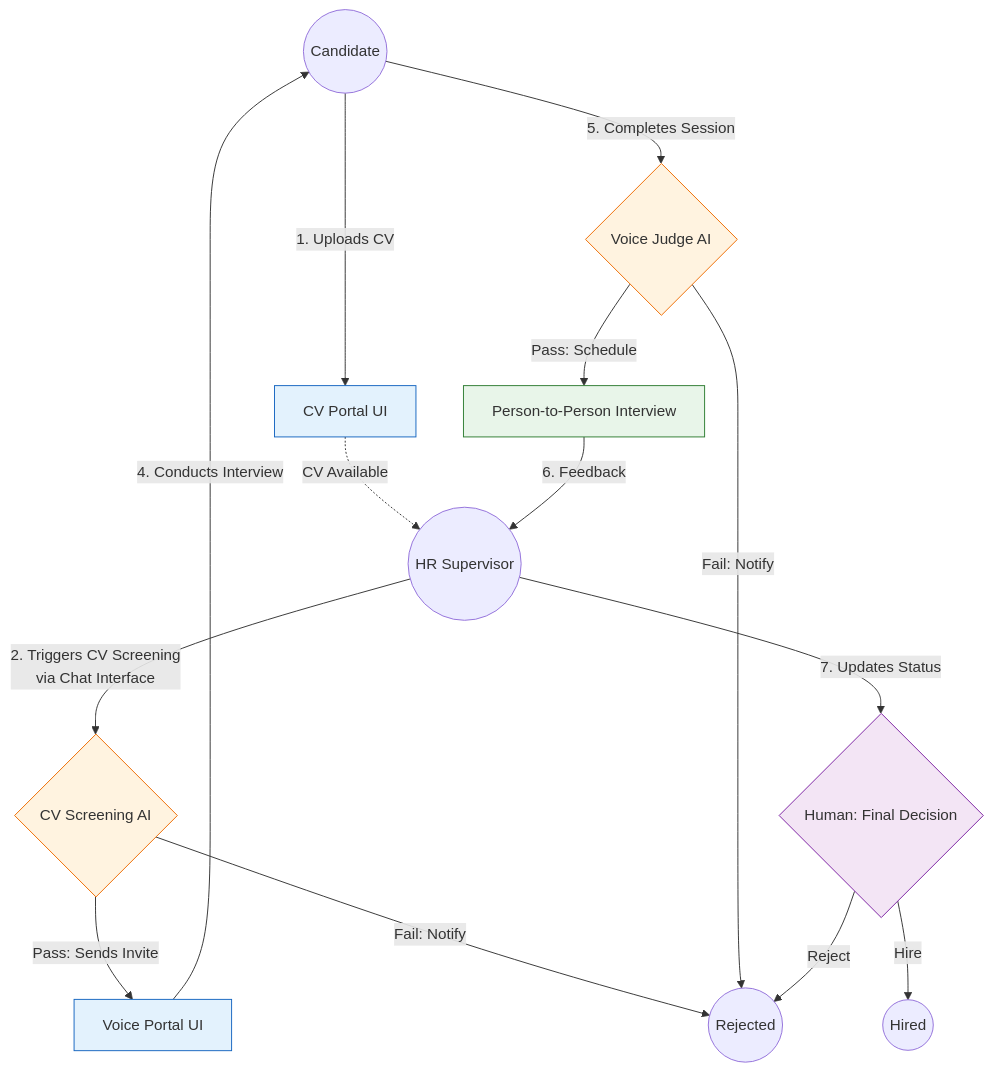
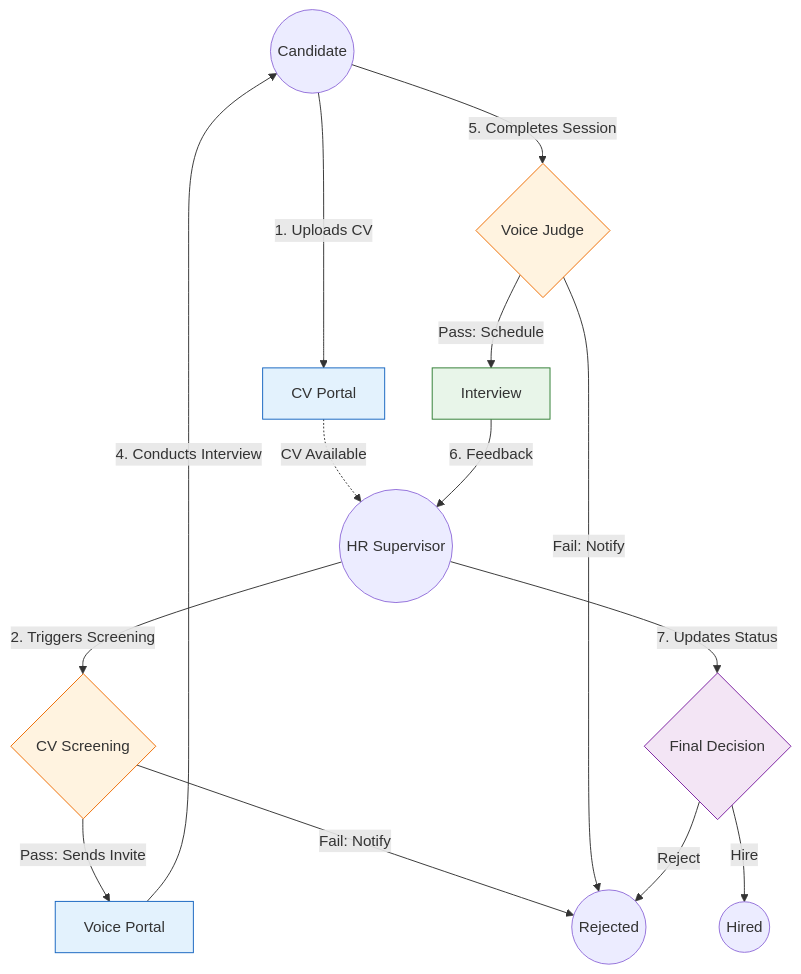
The first of 5 diagrams in README.md (Ocean-code-1995/recruitment-agent), drawn with Mermaid before and after one commit.

Commit message:
application flow

````diff
--- a/README.md
+++ b/README.md
@@ -179,42 +179,42 @@
 ```mermaid
 graph TD
     %% Actors
     Candidate((Candidate))
     HR((HR Supervisor))
 
     %% System Components (Nodes)
-    CV_UI[CV Portal UI]
-    CV_Screen{CV Screening AI}
-    Voice_UI[Voice Portal UI]
-    Voice_Judge{Voice Judge AI}
-    Interview[Person-to-Person Interview]
-    Decision{Human: Final Decision}
+    CV_UI[CV Portal]
+    CV_Screen{CV Screening}
+    Voice_UI[Voice Portal]
+    Voice_Judge{Voice Judge}
+    Interview[Interview]
+    Decision{Final Decision}
 
     %% Flow & Actions (Edges)
     Candidate -->|1. Uploads CV| CV_UI
-    HR -->|2. Triggers CV Screening<br/>via Chat Interface| CV_Screen
+    HR -->|2. Triggers Screening| CV_Screen
     CV_UI -.->|CV Available| HR
     
     CV_Screen -->|Pass: Sends Invite| Voice_UI
     CV_Screen -->|Fail: Notify| Rejected((Rejected))
 
     Voice_UI -->|4. Conducts Interview| Candidate
     Candidate -->|5. Completes Session| Voice_Judge
     
     Voice_Judge -->|Pass: Schedule| Interview
     Voice_Judge -->|Fail: Notify| Rejected
 
     Interview -->|6. Feedback| HR
     HR -->|7. Updates Status| Decision
     
     Decision -->|Hire| Hired((Hired))
     Decision -->|Reject| Rejected
 
     %% Styling
     style CV_UI fill:#e3f2fd,stroke:#1565c0
     style Voice_UI fill:#e3f2fd,stroke:#1565c0
     style CV_Screen fill:#fff3e0,stroke:#ef6c00
     style Voice_Judge fill:#fff3e0,stroke:#ef6c00
     style Interview fill:#e8f5e9,stroke:#2e7d32
     style Decision fill:#f3e5f5,stroke:#7b1fa2
 ```
````
